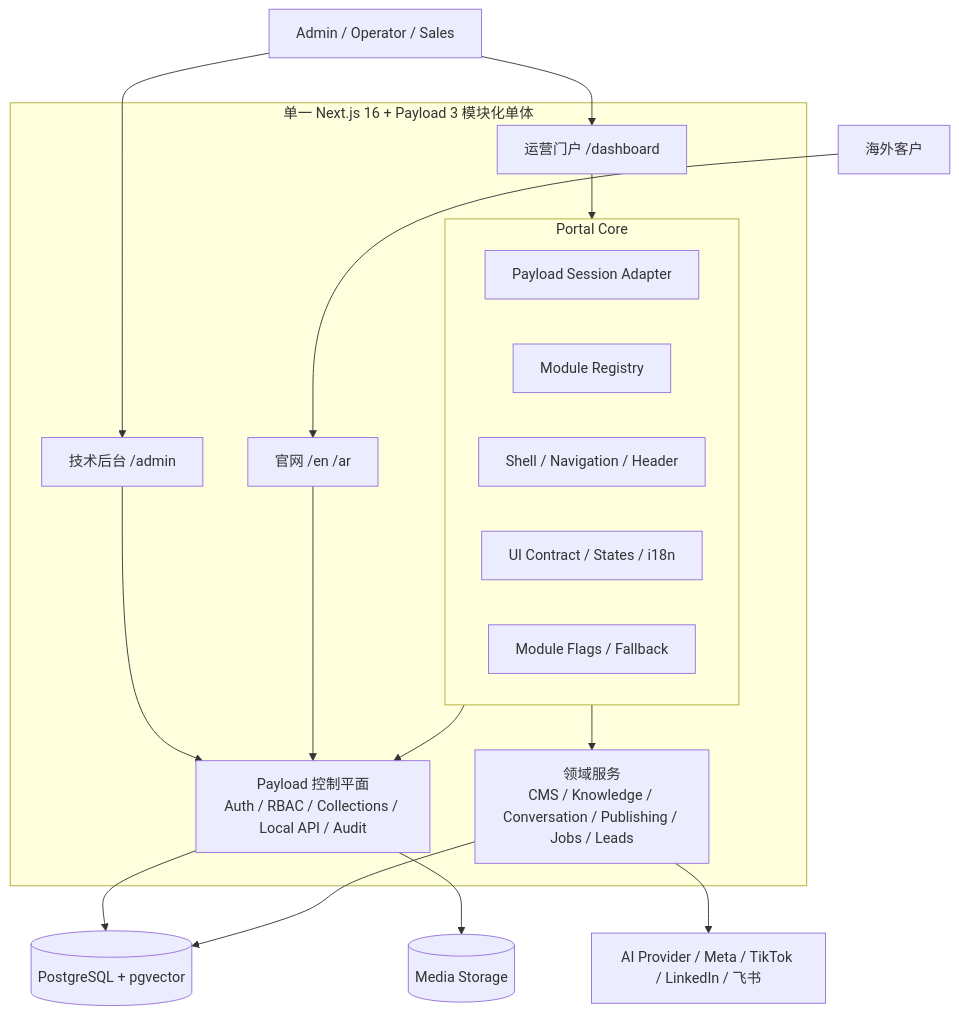
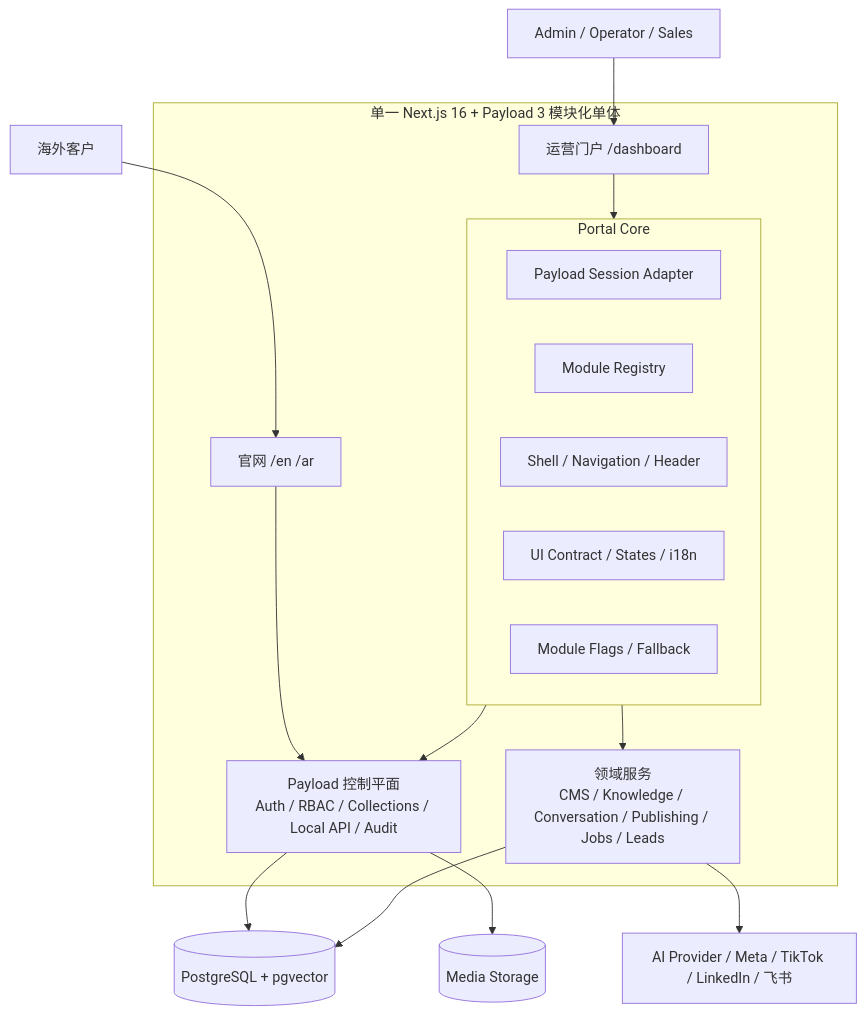
Before and after one commit to jueyunai/ivybm: the first of 3 diagrams in docs/architecture/管理后台现代化UI重构与双轨架构规划.md, drawn with Mermaid. The commit also changed other lines of this file and 17 other files, not shown here.

````diff
--- a/docs/architecture/管理后台现代化UI重构与双轨架构规划.md
+++ b/docs/architecture/管理后台现代化UI重构与双轨架构规划.md
@@ -54,39 +54,36 @@
 ```mermaid
 flowchart TB
     STAFF["Admin / Operator / Sales"]
     VISITOR["海外客户"]
 
     subgraph RUNTIME["单一 Next.js 16 + Payload 3 模块化单体"]
         SITE["官网 /en /ar"]
         PORTAL["运营门户 /dashboard"]
-        ADMIN["技术后台 /admin"]
 
         subgraph PORTALCORE["Portal Core"]
             AUTH["Payload Session Adapter"]
             REG["Module Registry"]
             SHELL["Shell / Navigation / Header"]
             UIC["UI Contract / States / i18n"]
             FLAGS["Module Flags / Fallback"]
         end
 
         PAYLOAD["Payload 控制平面\nAuth / RBAC / Collections / Local API / Audit"]
         DOMAINS["领域服务\nCMS / Knowledge / Conversation / Publishing / Jobs / Leads"]
     end
 
     DATA[("PostgreSQL + pgvector")]
     FILES[("Media Storage")]
     THIRD["AI Provider / Meta / TikTok / LinkedIn / 飞书"]
 
     STAFF --> PORTAL
-    STAFF --> ADMIN
     VISITOR --> SITE
     PORTAL --> PORTALCORE
     PORTALCORE --> PAYLOAD
     PORTALCORE --> DOMAINS
-    ADMIN --> PAYLOAD
     SITE --> PAYLOAD
     PAYLOAD --> DATA
     PAYLOAD --> FILES
     DOMAINS --> DATA
     DOMAINS --> THIRD
 ```
````
